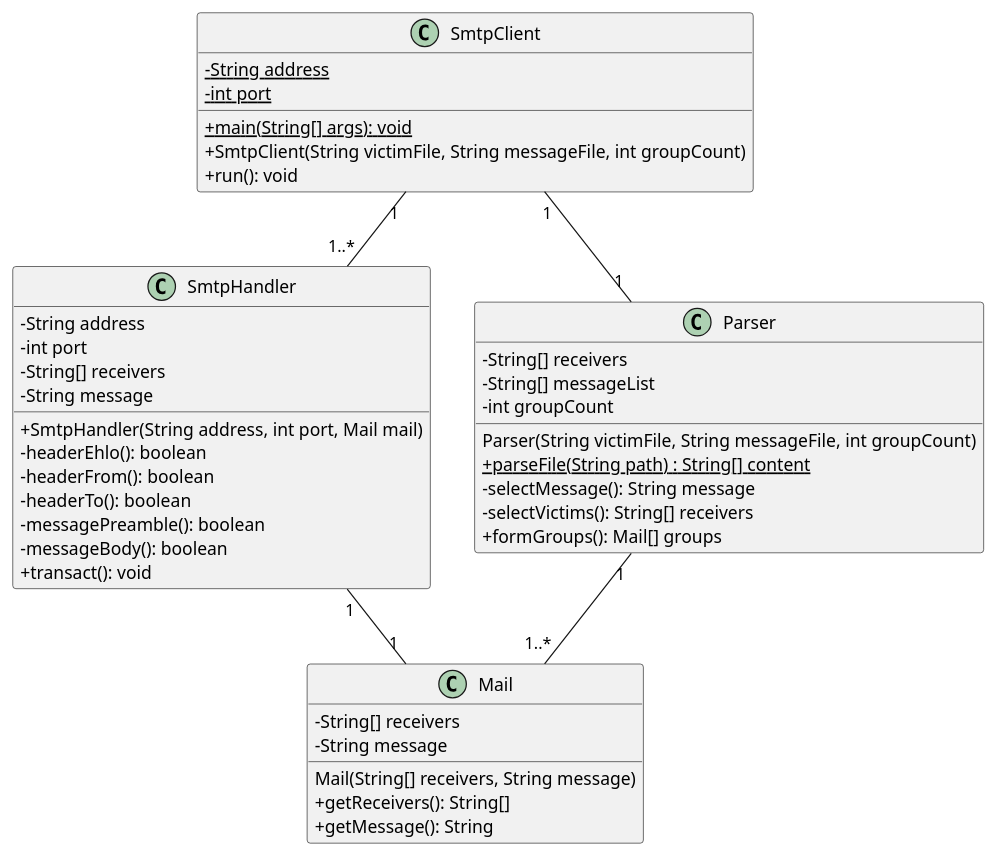
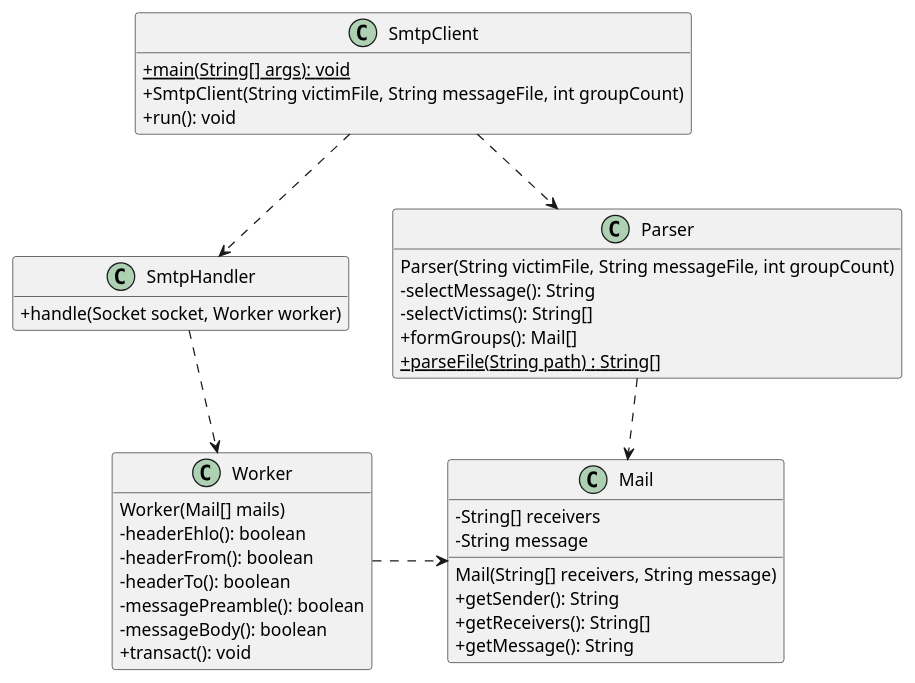
One commit to a-mango/dai-lab-smtp changed the diagram in doc/class_diagram.puml. Above: the diagram before and after it, drawn with PlantUML.

Commit message:
rfr: restructure class diagram
Conceptualize a Worker class and rework class associations into dependencies.

```diff
--- a/doc/class_diagram.puml
+++ b/doc/class_diagram.puml
@@ -1,55 +1,53 @@
 @startuml
 'https://plantuml.com/class-diagram
 skinparam classAttributeIconSize 0
 skinparam groupInheritance 3
 hide empty methods
 hide empty members
 
 class SmtpClient {
-    - {static} String address
-    - {static} int port
     {static} + main(String[] args): void
     + SmtpClient(String victimFile, String messageFile, int groupCount)
     + run(): void
 }
 
 class SmtpHandler {
-    - String address
-    - int port
-    - String[] receivers
-    - String message
-    + SmtpHandler(String address, int port, Mail mail)
+    + handle(Socket socket, Worker worker)
+}
+
+class Worker {
+    Worker(Mail[] mails)
     - headerEhlo(): boolean
     - headerFrom(): boolean
     - headerTo(): boolean
     - messagePreamble(): boolean
     - messageBody(): boolean
     + transact(): void
 }
 
+class Parser {
+    Parser(String victimFile, String messageFile, int groupCount)
+    - selectMessage(): String
+    - selectVictims(): String[]
+    + formGroups(): Mail[]
+    {static} + parseFile(String path) : String[]
+}
+
 class Mail {
-    Mail(String[] receivers, String message)
     - String[] receivers
     - String message
+
+    Mail(String[] receivers, String message)
+    + getSender(): String
     + getReceivers(): String[]
     + getMessage(): String
 }
 
-class Parser {
-    - String[] receivers
-    - String[] messageList
-    - int groupCount
-    Parser(String victimFile, String messageFile, int groupCount)
-    {static} + parseFile(String path) : String[] content
-    - selectMessage(): String message
-    - selectVictims(): String[] receivers
-    + formGroups(): Mail[] groups
-}
 
-SmtpClient "1"--"1..*"SmtpHandler
-SmtpHandler "1"--"1" Mail
-SmtpClient "1"--"1" Parser
-Parser "1"--"1..*" Mail
-
+SmtpClient ..> SmtpHandler
+SmtpClient ..> Parser
+SmtpHandler .down.> Worker
+Parser ..> Mail
+Worker .r.> Mail
 
 @enduml
```
